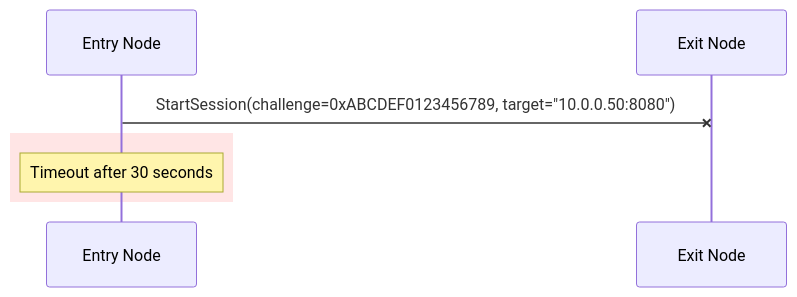
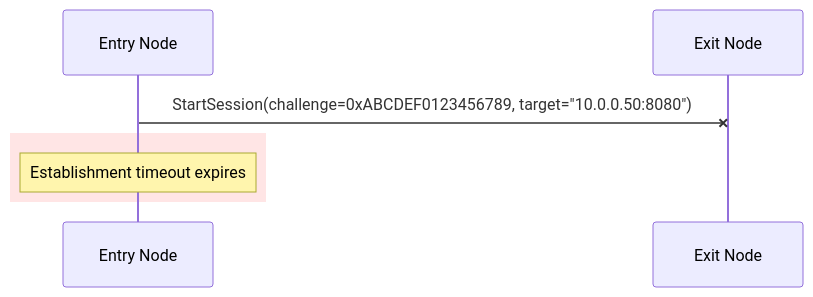
Before and after one commit to hoprnet/rfc: diagram 11 of 13 in rfcs/RFC-0009-session-start-protocol/0009-session-start-protocol.md, drawn with Mermaid. The commit also changed other lines of this file, not shown here.

````diff
--- a/rfcs/RFC-0009-session-start-protocol/0009-session-start-protocol.md
+++ b/rfcs/RFC-0009-session-start-protocol/0009-session-start-protocol.md
@@ -408,11 +461,11 @@
 ```mermaid
 sequenceDiagram
     participant E as Entry Node
     participant X as Exit Node
 
     E-xX: StartSession(challenge=0xABCDEF0123456789, target="10.0.0.50:8080")
 
     rect rgba(255, 0, 0, 0.1)
-        Note over E: Timeout after 30 seconds
+        Note over E: Establishment timeout expires
     end
 ```
````
